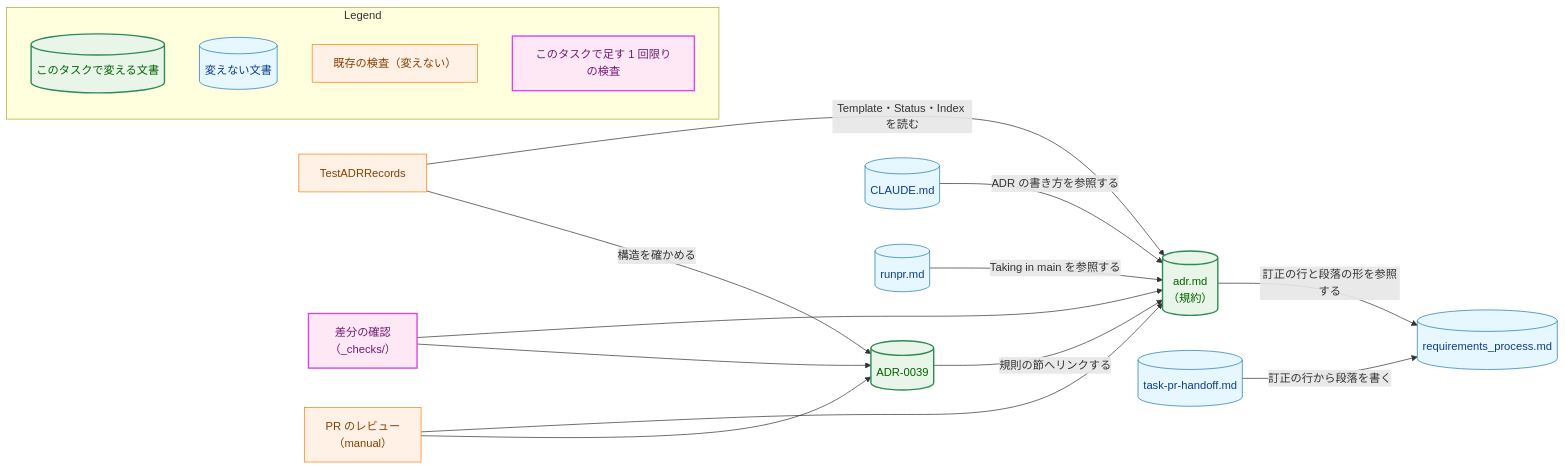
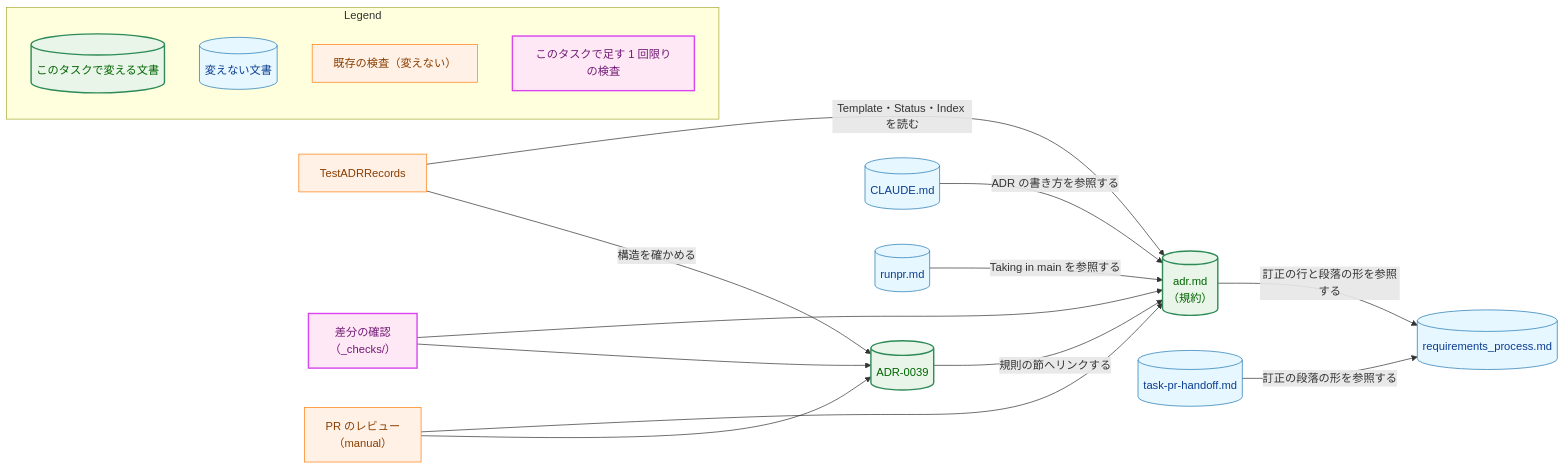
Before and after one commit to isseis/yt2column: the third of 5 diagrams in docs/tasks/0070_adr_writing_criteria/02_architecture.md, drawn with Mermaid. The commit also changed other lines of this file and 1 other file, not shown here.

First line of the commit message:
docs(0070): address architecture review and polish Japanese prose

````diff
--- a/docs/tasks/0070_adr_writing_criteria/02_architecture.md
+++ b/docs/tasks/0070_adr_writing_criteria/02_architecture.md
@@ -153,45 +201,45 @@
 ```mermaid
 flowchart LR
     classDef data fill:#e6f7ff,stroke:#1f77b4,stroke-width:1px,color:#0b3d91;
     classDef process fill:#fff1e6,stroke:#ff7f0e,stroke-width:1px,color:#8a3e00;
     classDef enhanced fill:#e8f5e8,stroke:#2e8b57,stroke-width:2px,color:#006400;
     classDef newpkg fill:#ffe8f5,stroke:#d946ef,stroke-width:2px,color:#701a75;
 
     CONV[("adr.md<br>（規約）")]
     A39[("ADR-0039")]
     CL[("CLAUDE.md")]
     RP[("requirements_process.md")]
     RUNPR[("runpr.md")]
     HO[("task-pr-handoff.md")]
     ART["TestADRRecords"]
     CHK["差分の確認<br>（_checks/）"]
     REV["PR のレビュー<br>（manual）"]
 
     CL -->|"ADR の書き方を参照する"| CONV
     CONV -->|"訂正の行と段落の形を参照する"| RP
     A39 -->|"規則の節へリンクする"| CONV
     RUNPR -->|"Taking in main を参照する"| CONV
-    HO -->|"訂正の行から段落を書く"| RP
+    HO -->|"訂正の段落の形を参照する"| RP
     ART -->|"Template・Status・Index を読む"| CONV
     ART -->|"構造を確かめる"| A39
     CHK --> CONV
     CHK --> A39
     REV --> CONV
     REV --> A39
 
     class CONV,A39 enhanced
     class CL,RP,RUNPR,HO data
     class ART,REV process
     class CHK newpkg
 
     subgraph Legend["Legend"]
         L1[("このタスクで変える文書")]
         L2[("変えない文書")]
         L3["既存の検査（変えない）"]
         L4["このタスクで足す 1 回限りの検査"]
     end
     class L1 enhanced
     class L2 data
     class L3 process
     class L4 newpkg
 ```
````
